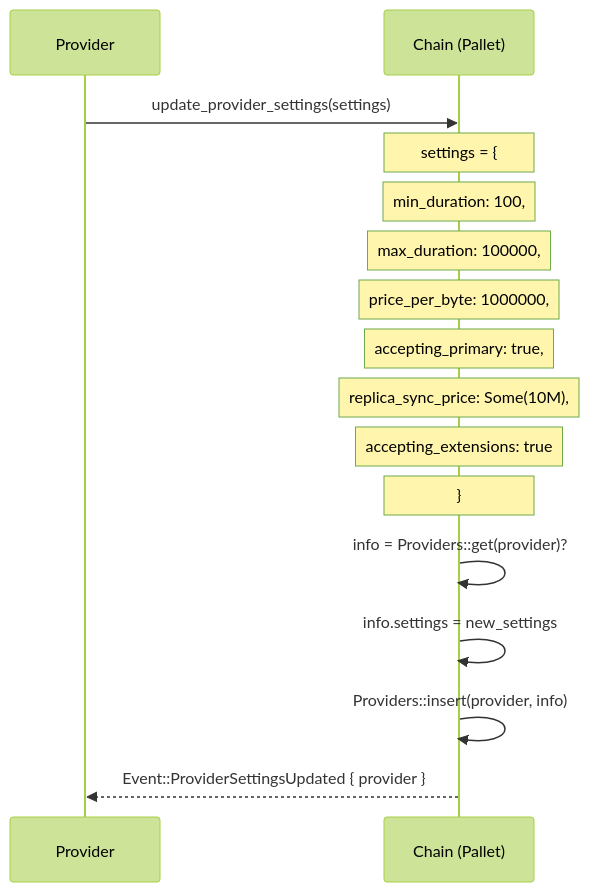
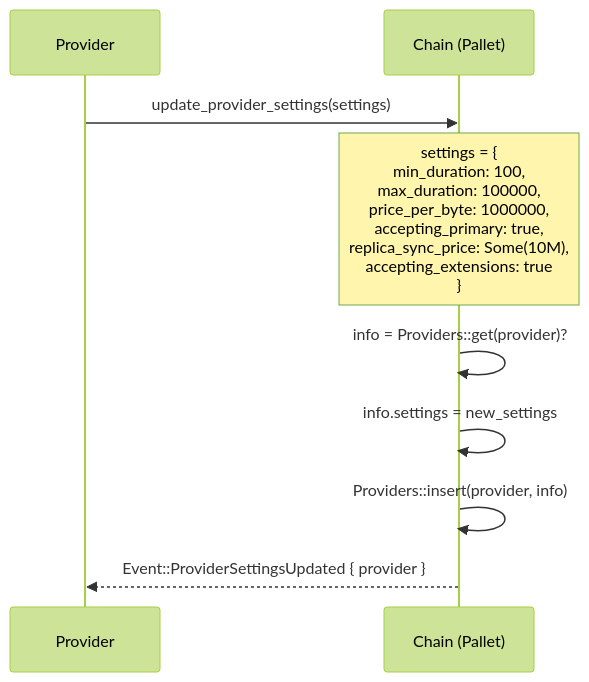
One commit to paritytech/web3-storage changed the second of 13 diagrams in docs/design/EXECUTION_FLOWS.md. Above: the diagram before and after it, drawn with Mermaid (forest theme). The commit also changed other lines of this file, not shown here.

First line of the commit message:
docs(EXECUTION_FLOWS): collapse multi-line sequence-diagram notes

````diff
--- a/docs/design/EXECUTION_FLOWS.md
+++ b/docs/design/EXECUTION_FLOWS.md
@@ -157,22 +154,15 @@
 ```mermaid
 sequenceDiagram
     participant P as Provider
     participant C as Chain (Pallet)
 
     P->>C: update_provider_settings(settings)
 
-    Note over C: settings = {
-    Note over C:   min_duration: 100,
-    Note over C:   max_duration: 100000,
-    Note over C:   price_per_byte: 1000000,
-    Note over C:   accepting_primary: true,
-    Note over C:   replica_sync_price: Some(10M),
-    Note over C:   accepting_extensions: true
-    Note over C: }
+    Note over C: settings = {<br/> min_duration: 100,<br/> max_duration: 100000,<br/> price_per_byte: 1000000,<br/> accepting_primary: true,<br/> replica_sync_price: Some(10M),<br/> accepting_extensions: true<br/>}
 
     C->>C: info = Providers::get(provider)?
     C->>C: info.settings = new_settings
     C->>C: Providers::insert(provider, info)
 
     C-->>P: Event::ProviderSettingsUpdated { provider }
 ```
````
